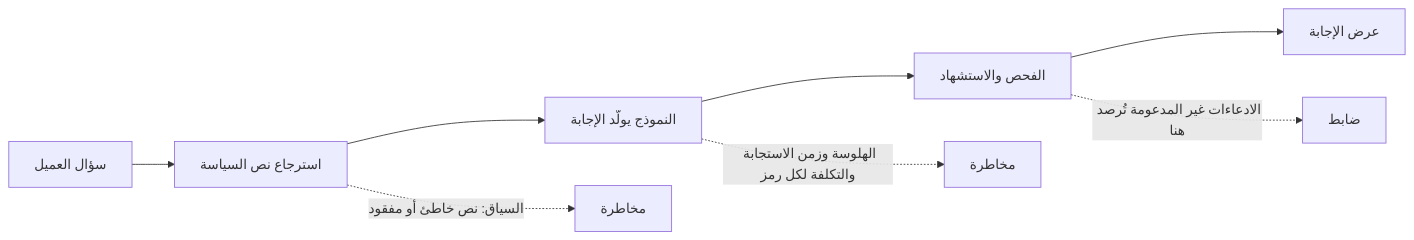
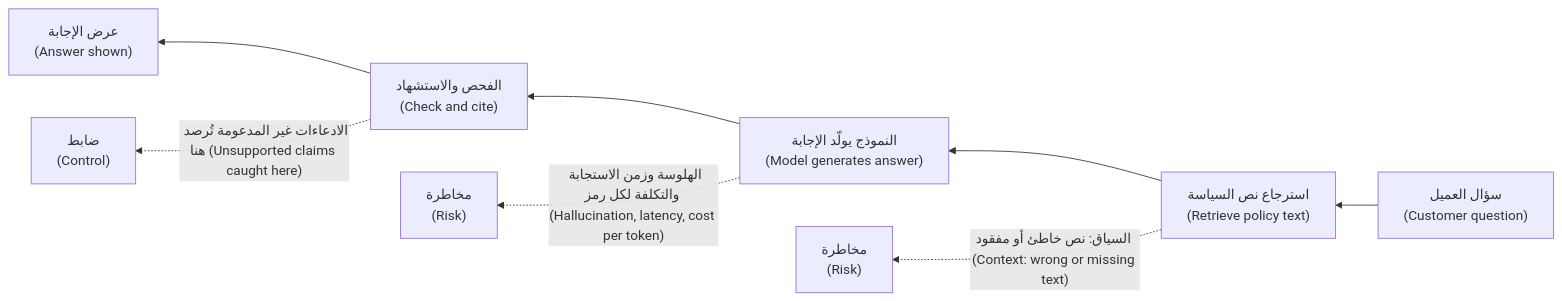
The second of 3 diagrams in aipm/modules/01-ai-literacy.ar.md (Tamoura/system-design-for-vibe-coders), drawn with Mermaid before and after one commit. The commit also changed other lines of this file and 9 other files, not shown here.

First line of the commit message:
AI PM course (AR): right-to-left diagrams with English labels

````diff
--- a/aipm/modules/01-ai-literacy.ar.md
+++ b/aipm/modules/01-ai-literacy.ar.md
@@ -287,10 +287,10 @@
 ```mermaid
-flowchart LR
-    Q["سؤال العميل"] --> R["استرجاع نص السياسة"]
-    R --> M["النموذج يولّد الإجابة"]
-    M --> C["الفحص والاستشهاد"]
-    C --> A["عرض الإجابة"]
-    R -. "السياق: نص خاطئ أو مفقود" .-> X1["مخاطرة"]
-    M -. "الهلوسة وزمن الاستجابة والتكلفة لكل رمز" .-> X2["مخاطرة"]
-    C -. "الادعاءات غير المدعومة تُرصد هنا" .-> X3["ضابط"]
+flowchart RL
+    Q["سؤال العميل<br/>(Customer question)"] --> R["استرجاع نص السياسة<br/>(Retrieve policy text)"]
+    R --> M["النموذج يولّد الإجابة<br/>(Model generates answer)"]
+    M --> C["الفحص والاستشهاد<br/>(Check and cite)"]
+    C --> A["عرض الإجابة<br/>(Answer shown)"]
+    R -. "السياق: نص خاطئ أو مفقود (Context: wrong or missing text)" .-> X1["مخاطرة<br/>(Risk)"]
+    M -. "الهلوسة وزمن الاستجابة والتكلفة لكل رمز (Hallucination, latency, cost per token)" .-> X2["مخاطرة<br/>(Risk)"]
+    C -. "الادعاءات غير المدعومة تُرصد هنا (Unsupported claims caught here)" .-> X3["ضابط<br/>(Control)"]
 ```
````
